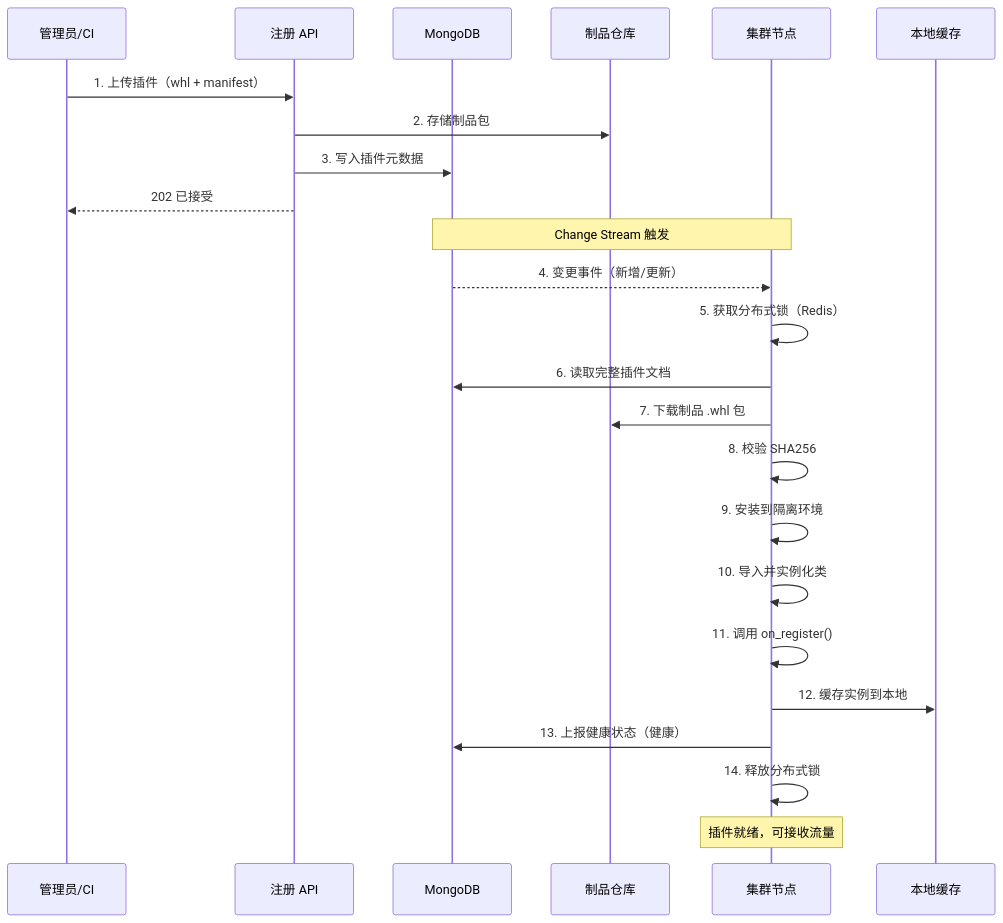
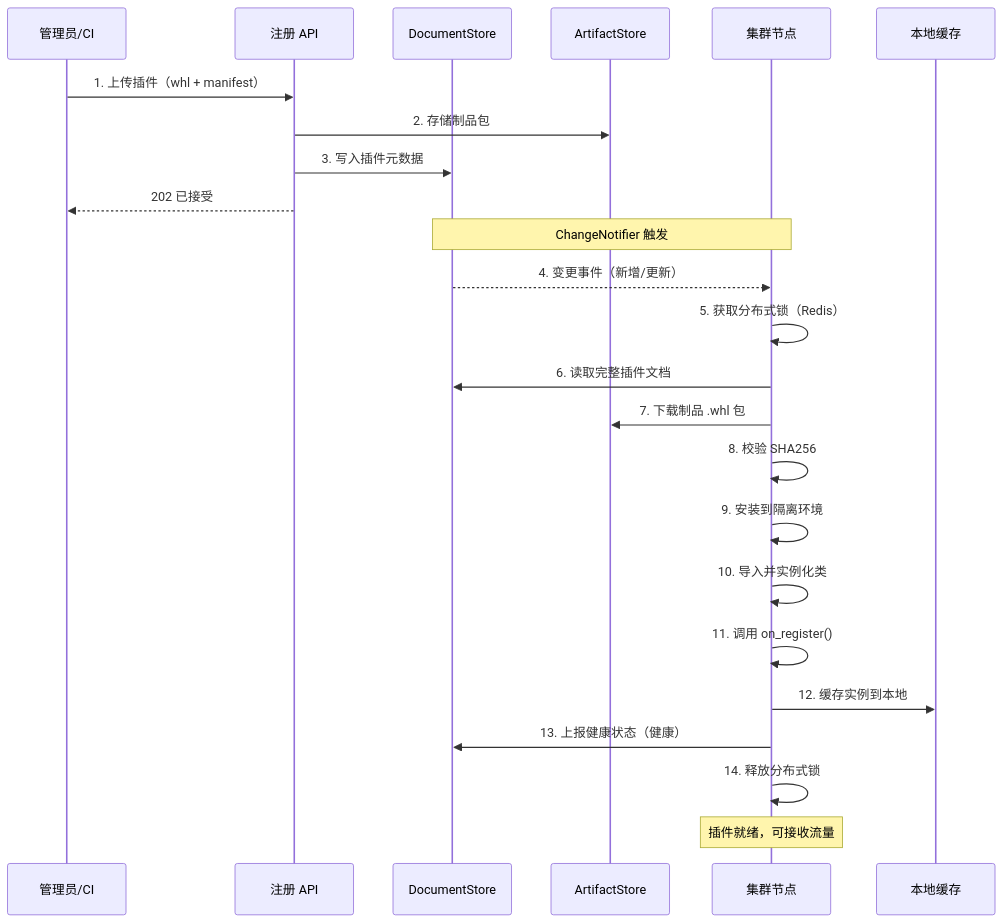
Before and after one commit to heelynn/artipivot: diagram 13 of 20 in doc/DESIGN.md, drawn with Mermaid. The commit also changed other lines of this file and 58 other files, not shown here.

````diff
--- a/doc/DESIGN.md
+++ b/doc/DESIGN.md
@@ -1254,29 +1256,29 @@
 ```mermaid
 sequenceDiagram
     participant Admin as 管理员/CI
     participant API as 注册 API
-    participant Mongo as MongoDB
-    participant S3 as 制品仓库
+    participant DS as DocumentStore
+    participant AS as ArtifactStore
     participant Node as 集群节点
     participant Cache as 本地缓存
 
     Admin->>API: 1. 上传插件（whl + manifest）
-    API->>S3: 2. 存储制品包
-    API->>Mongo: 3. 写入插件元数据
+    API->>AS: 2. 存储制品包
+    API->>DS: 3. 写入插件元数据
     API-->>Admin: 202 已接受
 
-    Note over Node,Mongo: Change Stream 触发
-    Mongo-->>Node: 4. 变更事件（新增/更新）
+    Note over Node,DS: ChangeNotifier 触发
+    DS-->>Node: 4. 变更事件（新增/更新）
     Node->>Node: 5. 获取分布式锁（Redis）
-    Node->>Mongo: 6. 读取完整插件文档
-    Node->>S3: 7. 下载制品 .whl 包
+    Node->>DS: 6. 读取完整插件文档
+    Node->>AS: 7. 下载制品 .whl 包
     Node->>Node: 8. 校验 SHA256
     Node->>Node: 9. 安装到隔离环境
     Node->>Node: 10. 导入并实例化类
     Node->>Node: 11. 调用 on_register()
     Node->>Cache: 12. 缓存实例到本地
-    Node->>Mongo: 13. 上报健康状态（健康）
+    Node->>DS: 13. 上报健康状态（健康）
     Node->>Node: 14. 释放分布式锁
 
     Note over Node: 插件就绪，可接收流量
 ```
````
